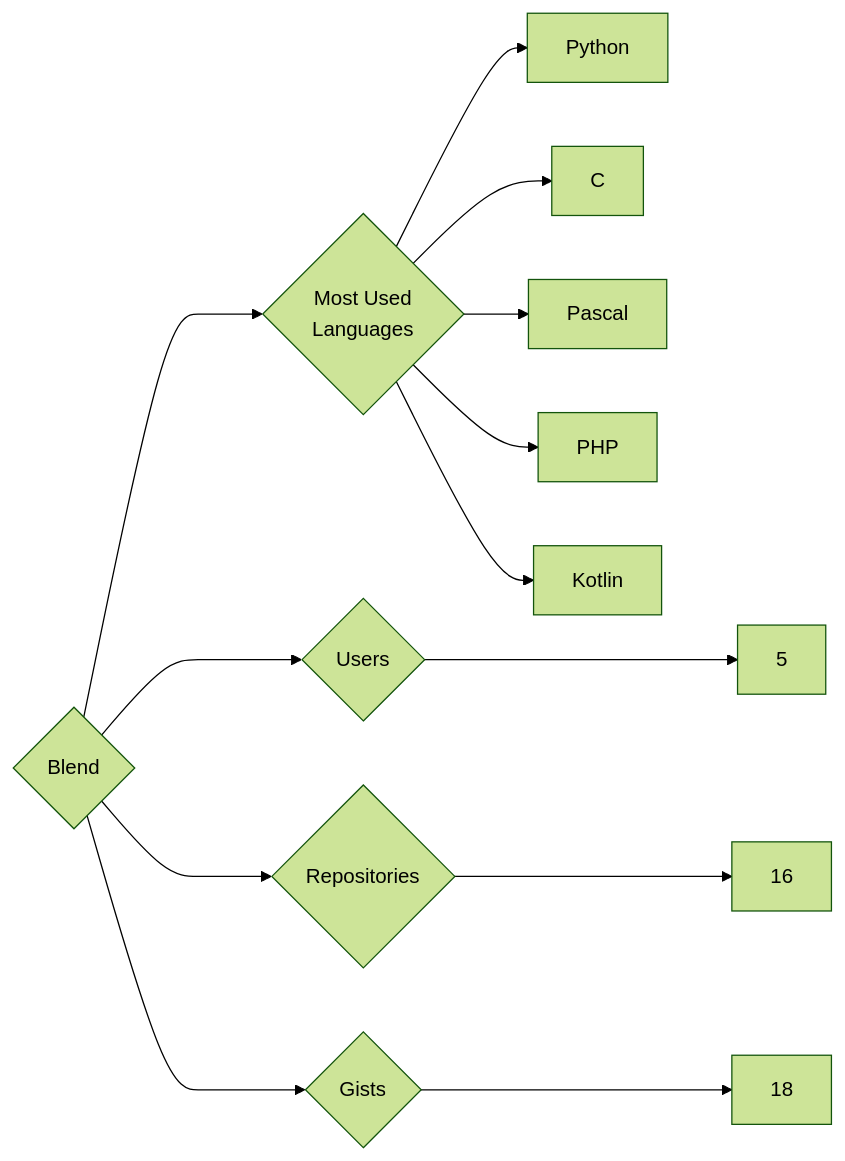
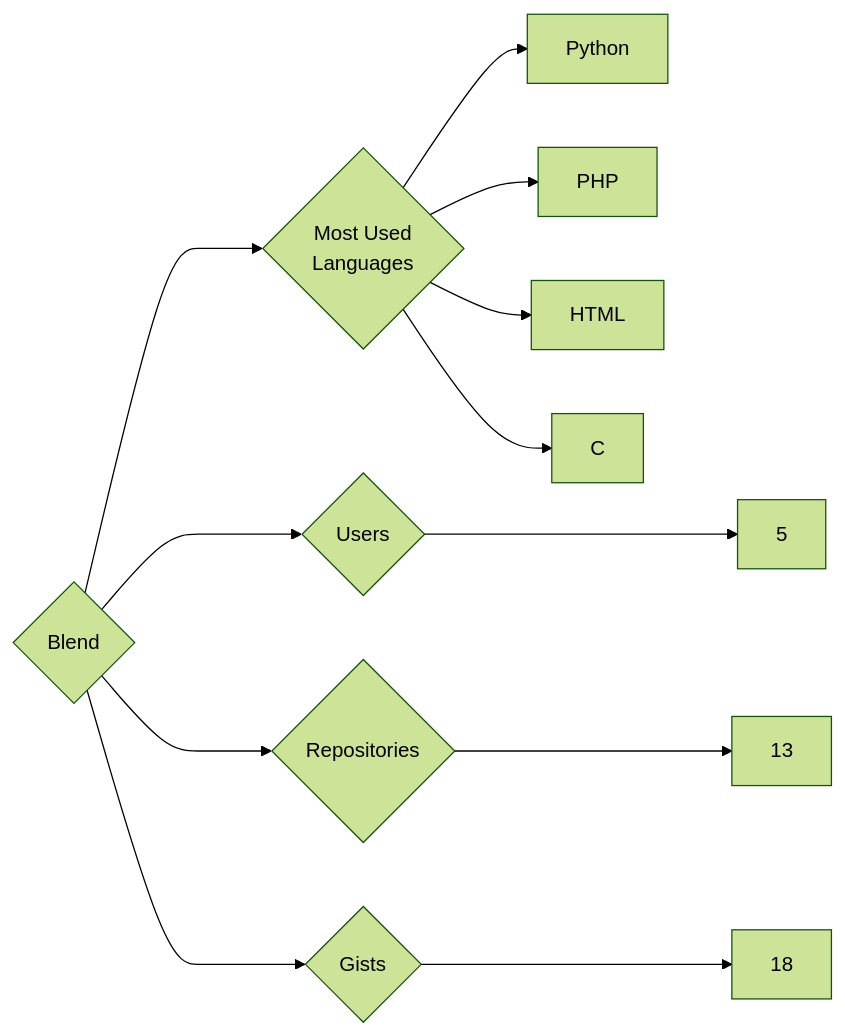
The diagram in targets/Blend/README.md (trickest/insiders), drawn with Mermaid (forest theme) before and after one commit. The commit also changed 872 other files, not shown here.

````diff
--- a/targets/Blend/README.md
+++ b/targets/Blend/README.md
@@ -3,13 +3,12 @@
 ```mermaid
 graph LR
 COMPANY_NAME{Blend}
 COMPANY_NAME ---> U{Users} ---> UN[5]
-COMPANY_NAME ---> R{Repositories} ---> RN[16]
+COMPANY_NAME ---> R{Repositories} ---> RN[13]
 COMPANY_NAME ---> G{Gists} ---> GN[18]
 COMPANY_NAME ---> ML{Most Used<br>Languages}
 ML --> Python[Python]
+ML --> PHP[PHP]
+ML --> HTML[HTML]
 ML --> C[C]
-ML --> Pascal[Pascal]
-ML --> PHP[PHP]
-ML --> Kotlin[Kotlin]
 ```
````
